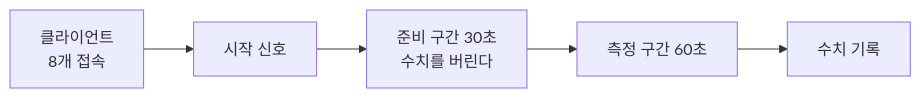
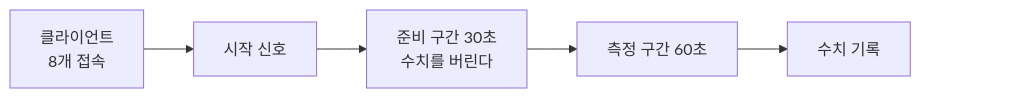
Before and after one commit to hon454/ue-dedicated-server-optimization-lab: the diagram in Posts/00-testbed/README.md, drawn with Mermaid. The commit also changed 5 other files, not shown here.

First line of the commit message:
docs(posts): keep the last flow node clear of GitHub's diagram controls

````diff
--- a/Posts/00-testbed/README.md
+++ b/Posts/00-testbed/README.md
@@ -54,7 +54,10 @@
 ```mermaid
 flowchart LR
     A["클라이언트<br/>8개 접속"] --> B["시작 신호"]
     B --> C["준비 구간 30초<br/>수치를 버린다"]
     C --> D["측정 구간 60초"]
     D --> E["수치 기록"]
+    E ~~~ Pad["　　　　　　"]
+    classDef pad fill:none,stroke:none
+    class Pad pad
 ```
````
